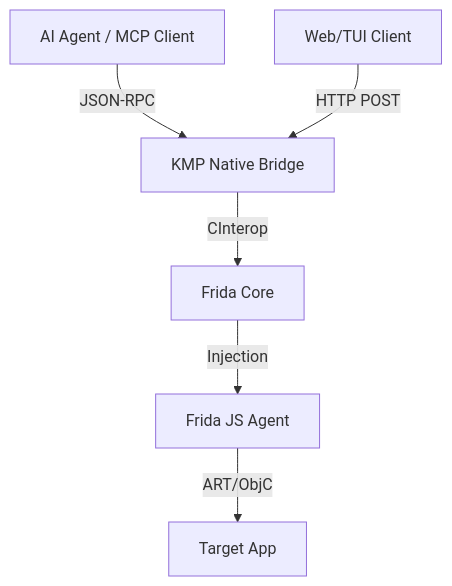
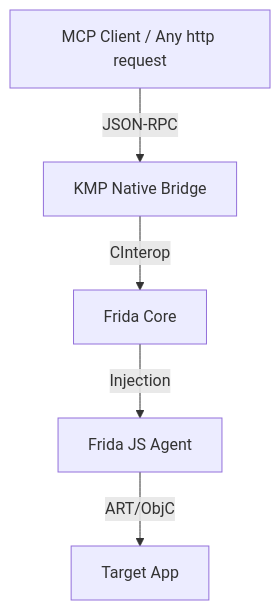
Before and after one commit to victorlpgazolli/barbatos: the diagram in README.md, drawn with Mermaid. The commit also changed other lines of this file and 9 other files, not shown here.

````diff
--- a/README.md
+++ b/README.md
@@ -41,8 +41,7 @@
 ```mermaid
 graph TD
-    A[AI Agent / MCP Client] -->|JSON-RPC| B[KMP Native Bridge]
-    C[Web/TUI Client] -->|HTTP POST| B
+    A[MCP Client / Any http request] -->|JSON-RPC| B[KMP Native Bridge]
     B -->|CInterop| D[Frida Core]
     D -->|Injection| E[Frida JS Agent]
     E -->|ART/ObjC| F[Target App]
 ```
````
